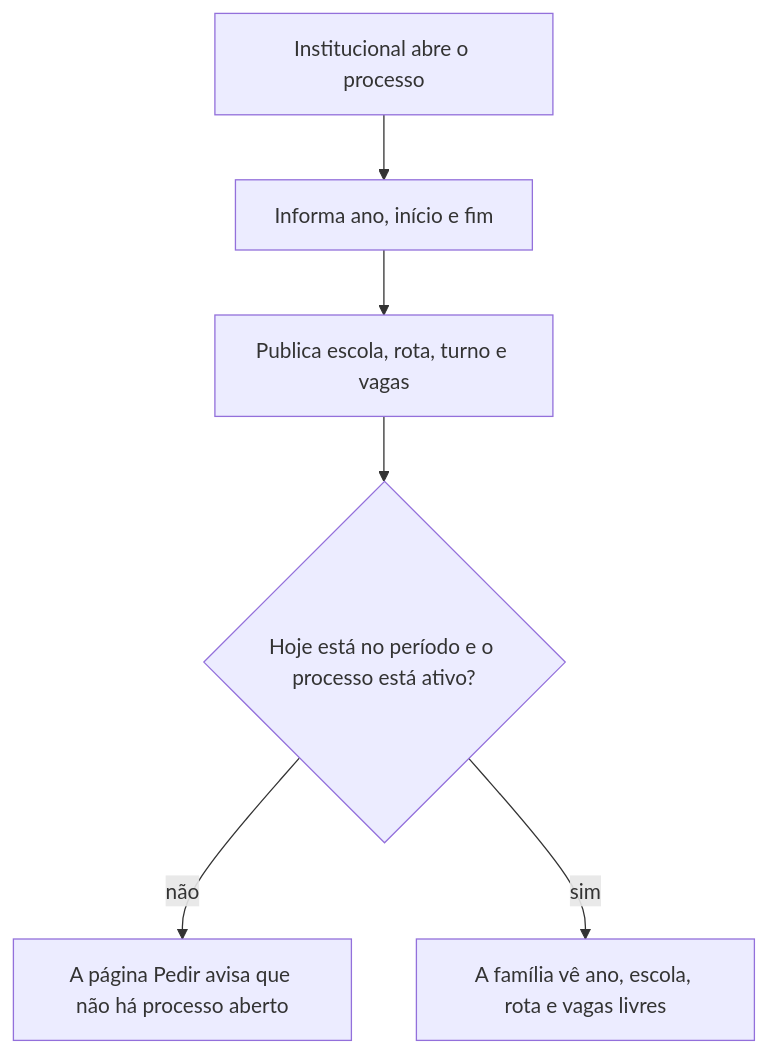
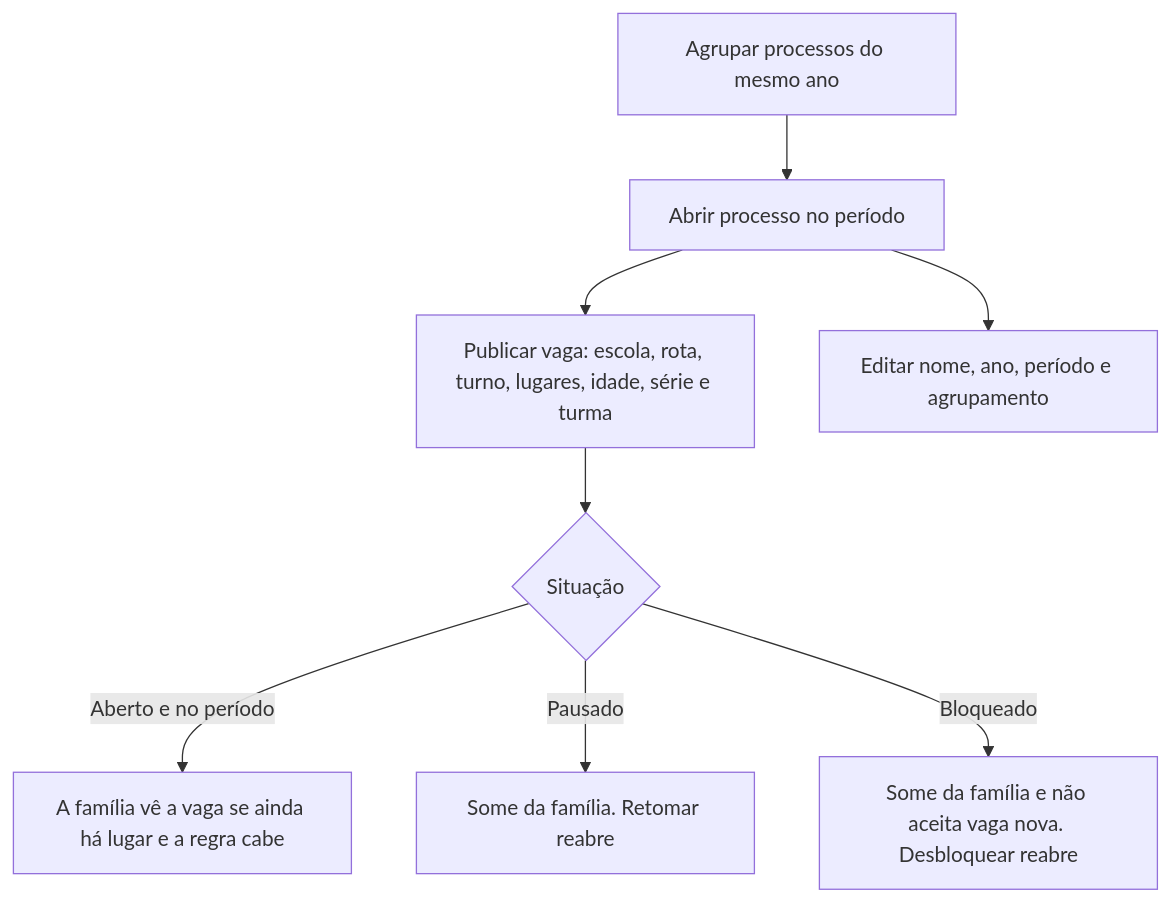
The second of 6 diagrams in docs/FLUXOS.md (i-Educar/i-educar-transporte-escolar-v2-package), drawn with Mermaid before and after one commit. The commit also changed other lines of this file and 56 other files, not shown here.

First line of the commit message:
feat(transporte): publicar a versão 1.3 com processos, documentos e painel

````diff
--- a/docs/FLUXOS.md
+++ b/docs/FLUXOS.md
@@ -9,8 +31,10 @@
 ```mermaid
 flowchart TD
-    A["Institucional abre o processo"] --> B["Informa ano, início e fim"]
-    B --> C["Publica escola, rota, turno e vagas"]
-    C --> D{"Hoje está no período e o processo está ativo?"}
-    D -->|não| E["A página Pedir avisa que não há processo aberto"]
-    D -->|sim| F["A família vê ano, escola, rota e vagas livres"]
+    A["Agrupar processos do mesmo ano"] --> B["Abrir processo no período"]
+    B --> C["Publicar vaga: escola, rota, turno, lugares, idade, série e turma"]
+    C --> D{"Situação"}
+    D -->|Aberto e no período| E["A família vê a vaga se ainda há lugar e a regra cabe"]
+    D -->|Pausado| F["Some da família. Retomar reabre"]
+    D -->|Bloqueado| G["Some da família e não aceita vaga nova. Desbloquear reabre"]
+    B --> H["Editar nome, ano, período e agrupamento"]
 ```
````
